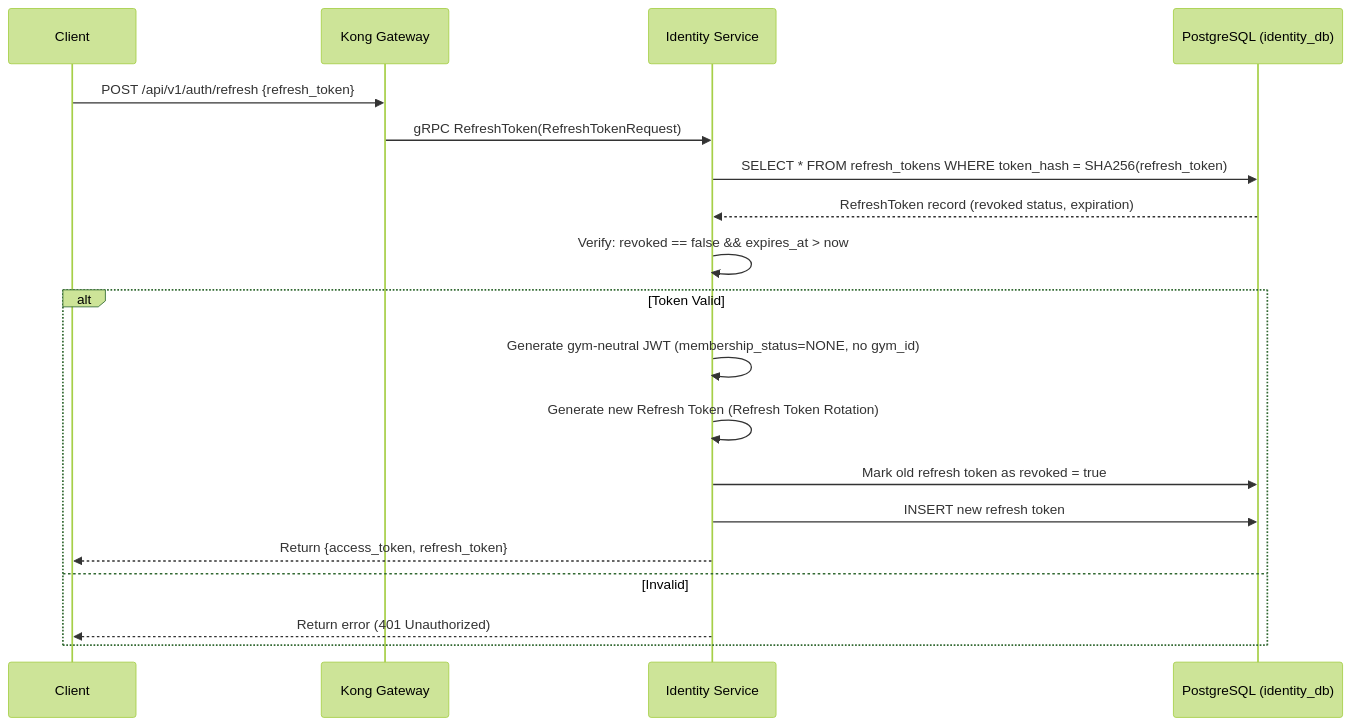
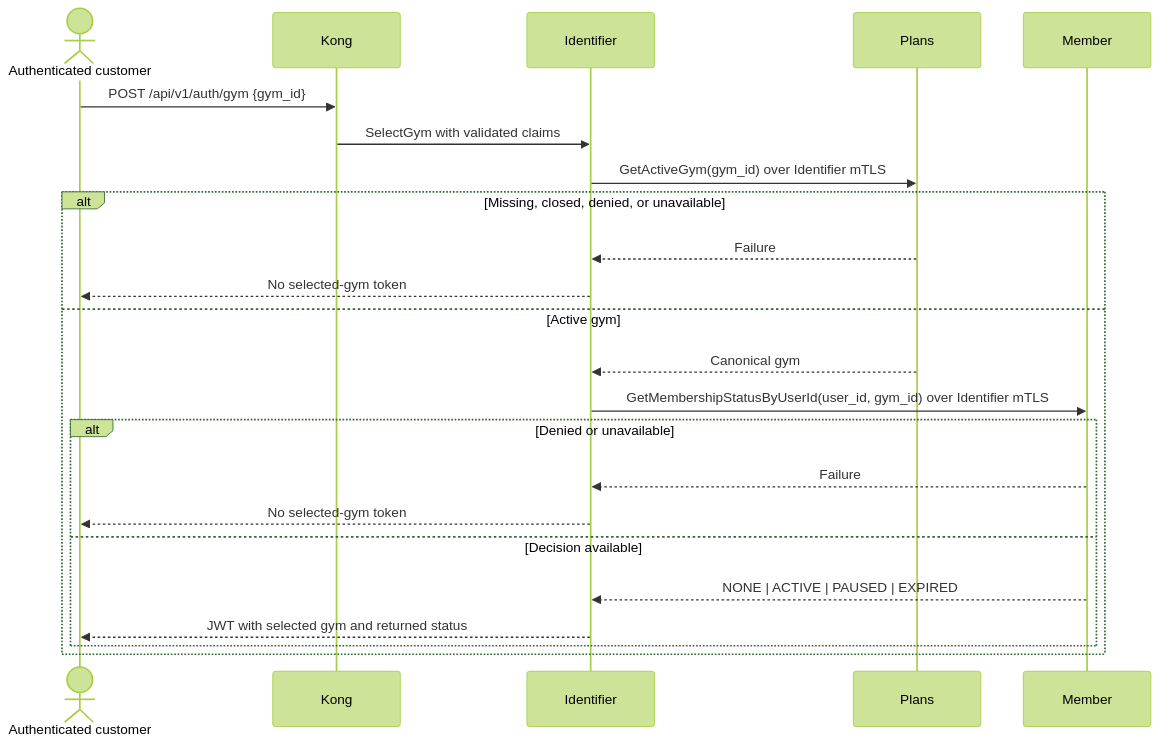
The second of 7 diagrams in flows/01-business-flows.md (pploc/gym-architect), drawn with Mermaid (forest theme) before and after one commit. The commit also changed other lines of this file and 16 other files, not shown here.

First line of the commit message:
docs: freeze Plans split roadmap through G8

````diff
--- a/flows/01-business-flows.md
+++ b/flows/01-business-flows.md
@@ -65,22 +31,26 @@
 ```mermaid
 sequenceDiagram
-    participant APP as Client
-    participant K as Kong Gateway
-    participant IS as Identity Service
-    participant DB as PostgreSQL (identity_db)
+    actor C as Authenticated customer
+    participant K as Kong
+    participant ID as Identifier
+    participant PL as Plans
+    participant MB as Member
 
-    APP->>K: POST /api/v1/auth/refresh {refresh_token}
-    K->>IS: gRPC RefreshToken(RefreshTokenRequest)
-    IS->>DB: SELECT * FROM refresh_tokens WHERE token_hash = SHA256(refresh_token)
-    DB-->>IS: RefreshToken record (revoked status, expiration)
-    IS->>IS: Verify: revoked == false && expires_at > now
-    alt Token Valid
-        IS->>IS: Generate gym-neutral JWT (membership_status=NONE, no gym_id)
-        IS->>IS: Generate new Refresh Token (Refresh Token Rotation)
-        IS->>DB: Mark old refresh token as revoked = true
-        IS->>DB: INSERT new refresh token
-        IS-->>APP: Return {access_token, refresh_token}
-    else Invalid
-        IS-->>APP: Return error (401 Unauthorized)
+    C->>K: POST /api/v1/auth/gym {gym_id}
+    K->>ID: SelectGym with validated claims
+    ID->>PL: GetActiveGym(gym_id) over Identifier mTLS
+    alt Missing, closed, denied, or unavailable
+        PL-->>ID: Failure
+        ID-->>C: No selected-gym token
+    else Active gym
+        PL-->>ID: Canonical gym
+        ID->>MB: GetMembershipStatusByUserId(user_id, gym_id) over Identifier mTLS
+        alt Denied or unavailable
+            MB-->>ID: Failure
+            ID-->>C: No selected-gym token
+        else Decision available
+            MB-->>ID: NONE | ACTIVE | PAUSED | EXPIRED
+            ID-->>C: JWT with selected gym and returned status
+        end
     end
 ```
````
